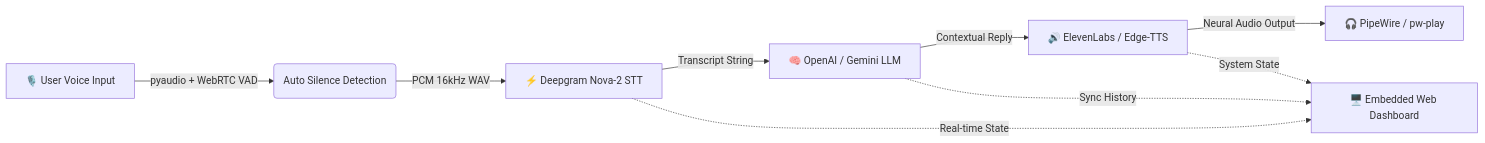
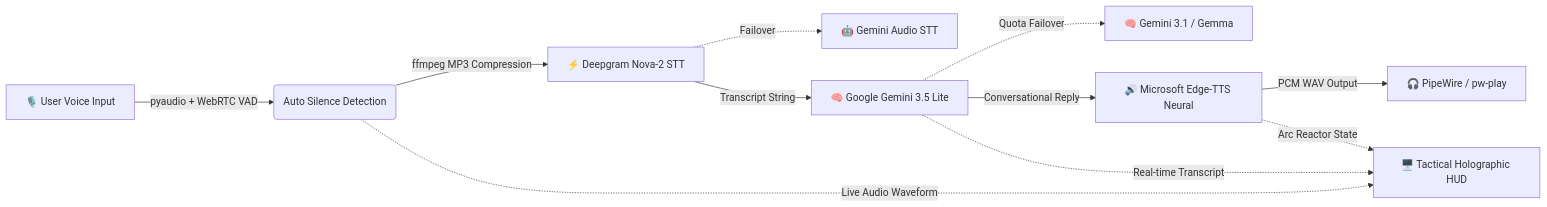
Before and after one commit to adios-mars/veda-voice-assistant: the diagram in README.md, drawn with Mermaid. The commit also changed other lines of this file, not shown here.

Commit message:
docs: update README with Gemini failover, MP3 compression, and Tactical HUD documentation

````diff
--- a/README.md
+++ b/README.md
@@ -17,12 +18,14 @@
 ```mermaid
 flowchart LR
     A[🎙️ User Voice Input] -->|pyaudio + WebRTC VAD| B(Auto Silence Detection)
-    B -->|PCM 16kHz WAV| C[⚡ Deepgram Nova-2 STT]
-    C -->|Transcript String| D[🧠 OpenAI / Gemini LLM]
-    D -->|Contextual Reply| E[🔊 ElevenLabs / Edge-TTS]
-    E -->|Neural Audio Output| F[🎧 PipeWire / pw-play]
+    B -->|ffmpeg MP3 Compression| C[⚡ Deepgram Nova-2 STT]
+    C -.->|Failover| C2[🤖 Gemini Audio STT]
+    C -->|Transcript String| D[🧠 Google Gemini 3.5 Lite]
+    D -.->|Quota Failover| D2[🧠 Gemini 3.1 / Gemma]
+    D -->|Conversational Reply| E[🔊 Microsoft Edge-TTS Neural]
+    E -->|PCM WAV Output| F[🎧 PipeWire / pw-play]
     
-    C -.->|Real-time State| G[🖥️ Embedded Web Dashboard]
-    D -.->|Sync History| G
-    E -.->|System State| G
+    B -.->|Live Audio Waveform| G[🖥️ Tactical Holographic HUD]
+    D -.->|Real-time Transcript| G
+    E -.->|Arc Reactor State| G
 ```
````
